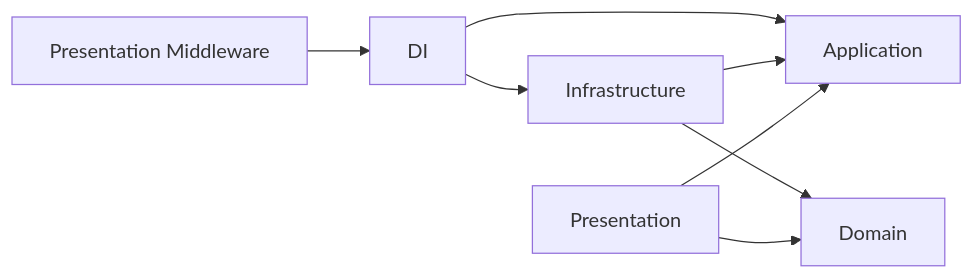
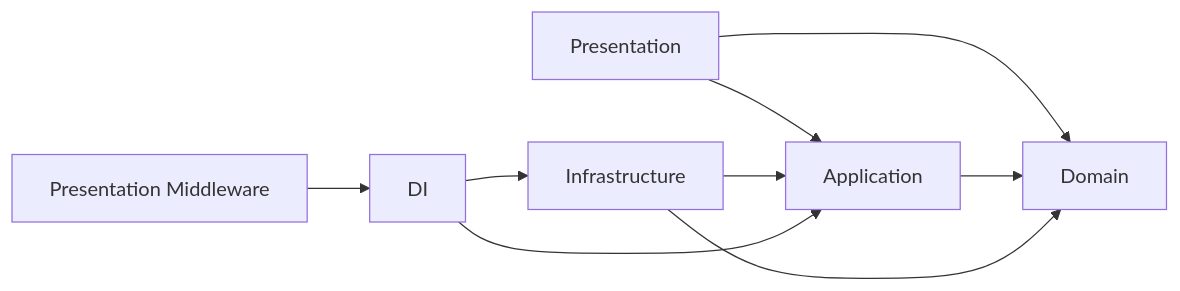
The first of 2 diagrams in ARCHITECTURE.md (HalNagoyaRecTime/rectime-api), drawn with Mermaid before and after one commit.

Commit message:
docs: 4層依存方向のMermaid図にApplication→Domainを追加

````diff
--- a/ARCHITECTURE.md
+++ b/ARCHITECTURE.md
@@ -17,10 +17,11 @@
 ```mermaid
 flowchart LR
   Presentation --> Application
   Presentation --> Domain
+  Application --> Domain
   PresentationMiddleware["Presentation Middleware"] --> DI
   Infrastructure --> Application
   Infrastructure --> Domain
   DI --> Application
   DI --> Infrastructure
 ```
````
